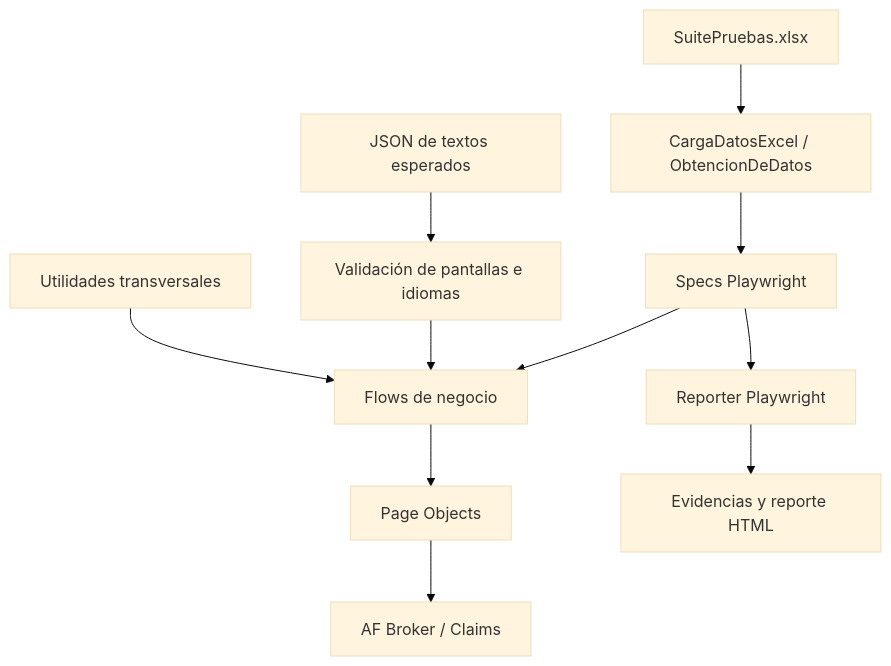
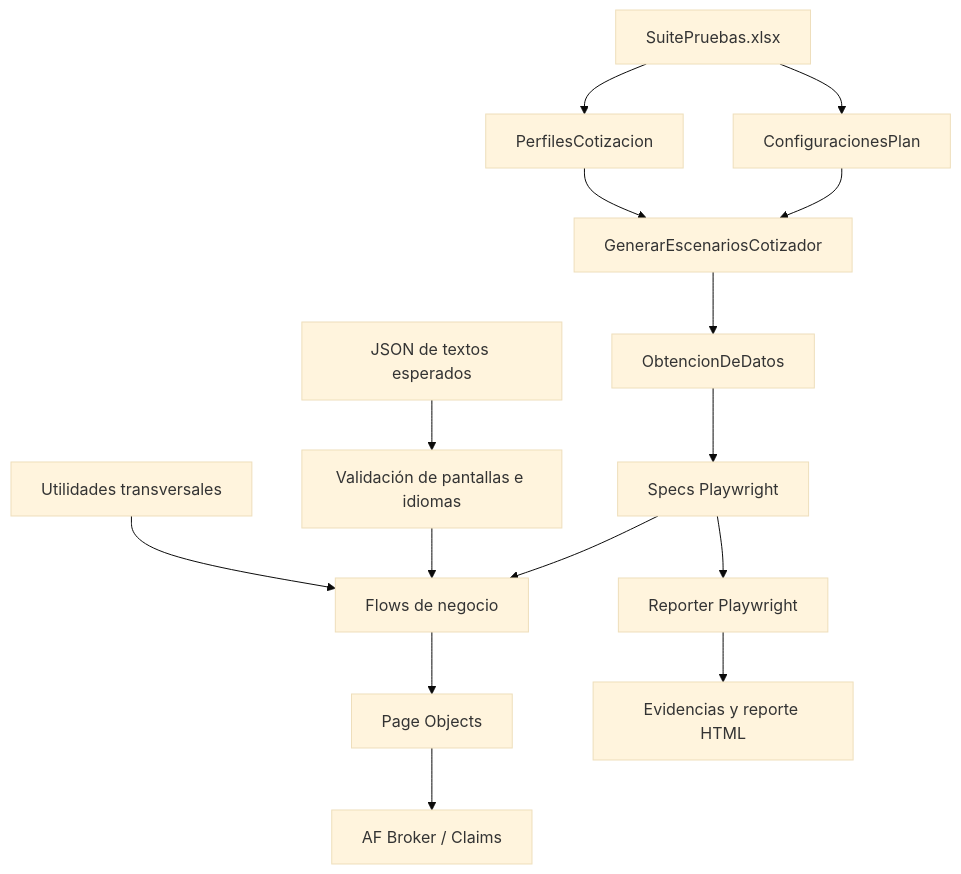
The first of 2 diagrams in docs/ARQUITECTURA.md (Automatizacion-WeeCompany/AutomatizacionAF), drawn with Mermaid (base theme) before and after one commit. The commit also changed other lines of this file and 27 other files, not shown here.

````diff
--- a/docs/ARQUITECTURA.md
+++ b/docs/ARQUITECTURA.md
@@ -11,13 +11,17 @@
 ```mermaid
 flowchart TD
-    X["SuitePruebas.xlsx"] --> L["CargaDatosExcel / ObtencionDeDatos"]
+    X["SuitePruebas.xlsx"] --> CP["ConfiguracionesPlan"]
+    X --> PC["PerfilesCotizacion"]
+    CP --> G["GenerarEscenariosCotizador"]
+    PC --> G
+    G --> L["ObtencionDeDatos"]
     L --> S["Specs Playwright"]
     S --> F["Flows de negocio"]
     F --> P["Page Objects"]
     P --> UI["AF Broker / Claims"]
     J["JSON de textos esperados"] --> V["Validación de pantallas e idiomas"]
     V --> F
     U["Utilidades transversales"] --> F
     S --> R["Reporter Playwright"]
     R --> E["Evidencias y reporte HTML"]
 ```
````
